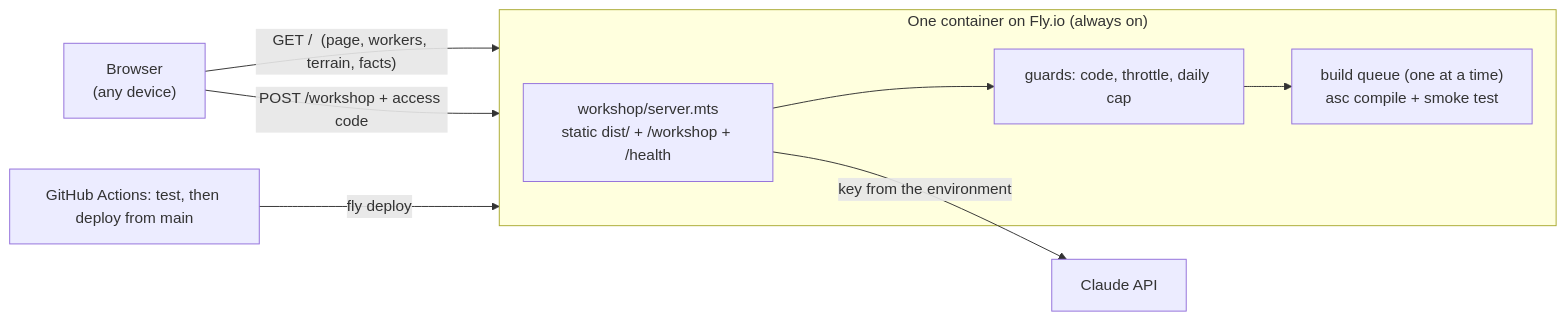
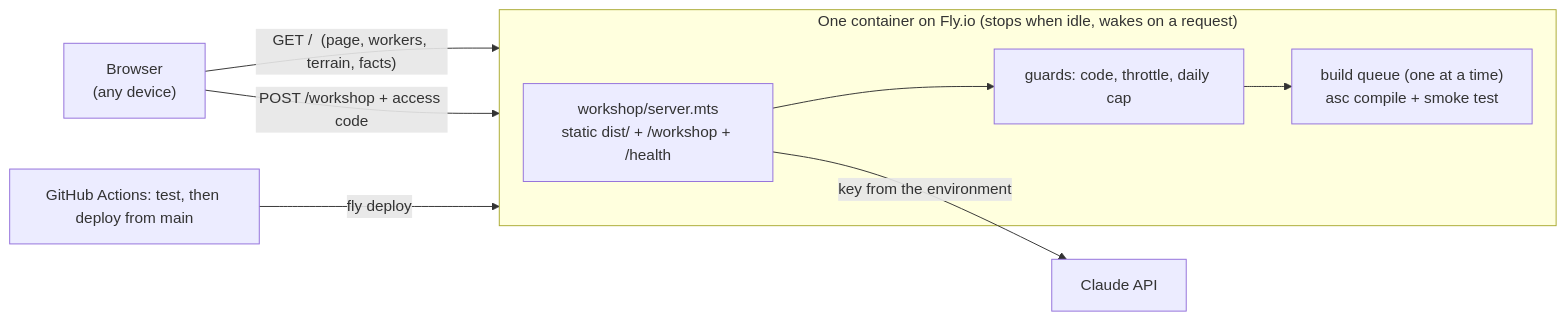
Before and after one commit to chingchang/mars-sandbox: the seventh of 7 diagrams in docs/DEV_GUIDE.md, drawn with Mermaid. The commit also changed other lines of this file and 8 other files, not shown here.

First line of the commit message:
S1: the machine stops when idle; the day's model-call count lives on a volume

````diff
--- a/docs/DEV_GUIDE.md
+++ b/docs/DEV_GUIDE.md
@@ -306,13 +306,13 @@
 ```mermaid
 flowchart LR
     B["Browser<br/>(any device)"] -->|"GET /  (page, workers, terrain, facts)"| C
     B -->|"POST /workshop + access code"| C
-    subgraph C["One container on Fly.io (always on)"]
+    subgraph C["One container on Fly.io (stops when idle, wakes on a request)"]
         S["workshop/server.mts<br/>static dist/ + /workshop + /health"]
         G["guards: code, throttle, daily cap"]
         Q["build queue (one at a time)<br/>asc compile + smoke test"]
         S --> G --> Q
     end
     S -->|"key from the environment"| LLM["Claude API"]
     CI["GitHub Actions: test, then deploy from main"] -->|"fly deploy"| C
 ```
````
